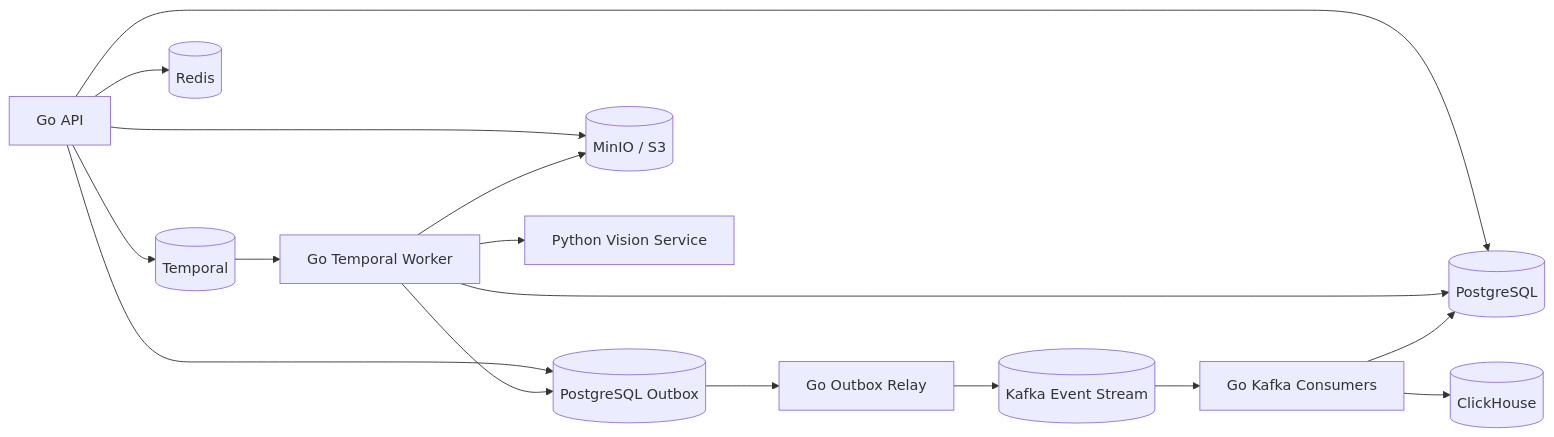
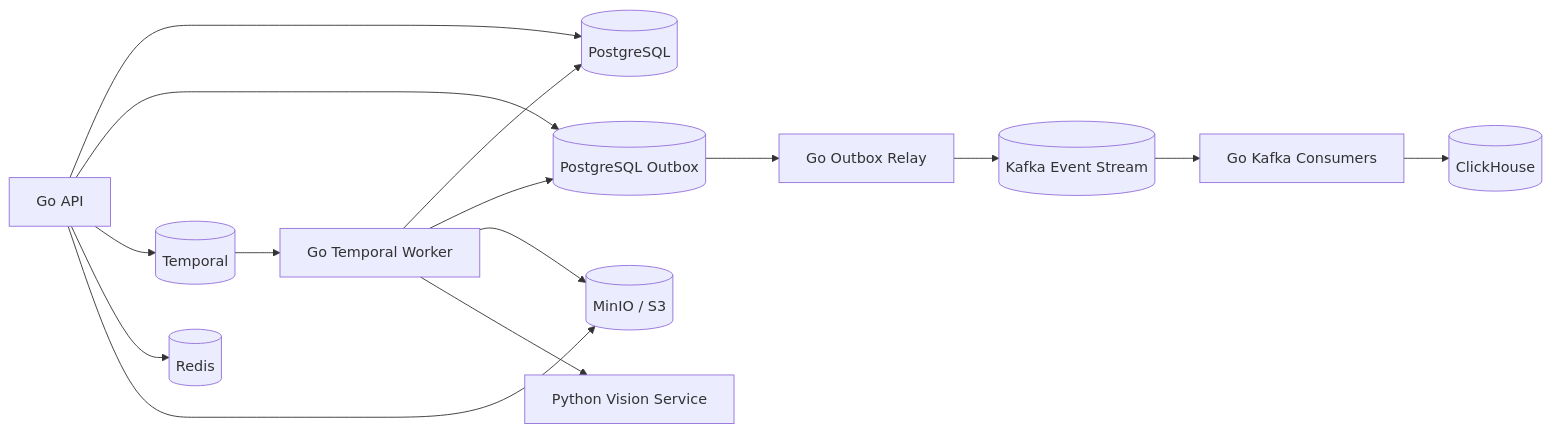
Before and after one commit to Asklit/valorant-vod-coach: the diagram in README.md, drawn with Mermaid. The commit also changed other lines of this file and 7 other files, not shown here.

Commit message:
docs: align architecture with delivered product

````diff
--- a/README.md
+++ b/README.md
@@ -37,31 +37,30 @@
 ```mermaid
 flowchart LR
   API[Go API]
   Worker[Go Temporal Worker]
   PG[(PostgreSQL)]
   Outbox[(PostgreSQL Outbox)]
   Relay[Go Outbox Relay]
   Kafka[(Kafka Event Stream)]
   Consumers[Go Kafka Consumers]
   CH[(ClickHouse)]
   Temporal[(Temporal)]
   Redis[(Redis)]
   S3[(MinIO / S3)]
   Vision[Python Vision Service]
 
   API --> PG
   API --> Outbox
   API --> Temporal
   API --> Redis
   API --> S3
   Temporal --> Worker
   Worker --> PG
   Worker --> Outbox
   Worker --> S3
   Worker --> Vision
   Outbox --> Relay
   Relay --> Kafka
   Kafka --> Consumers
   Consumers --> CH
-  Consumers --> PG
 ```
````
